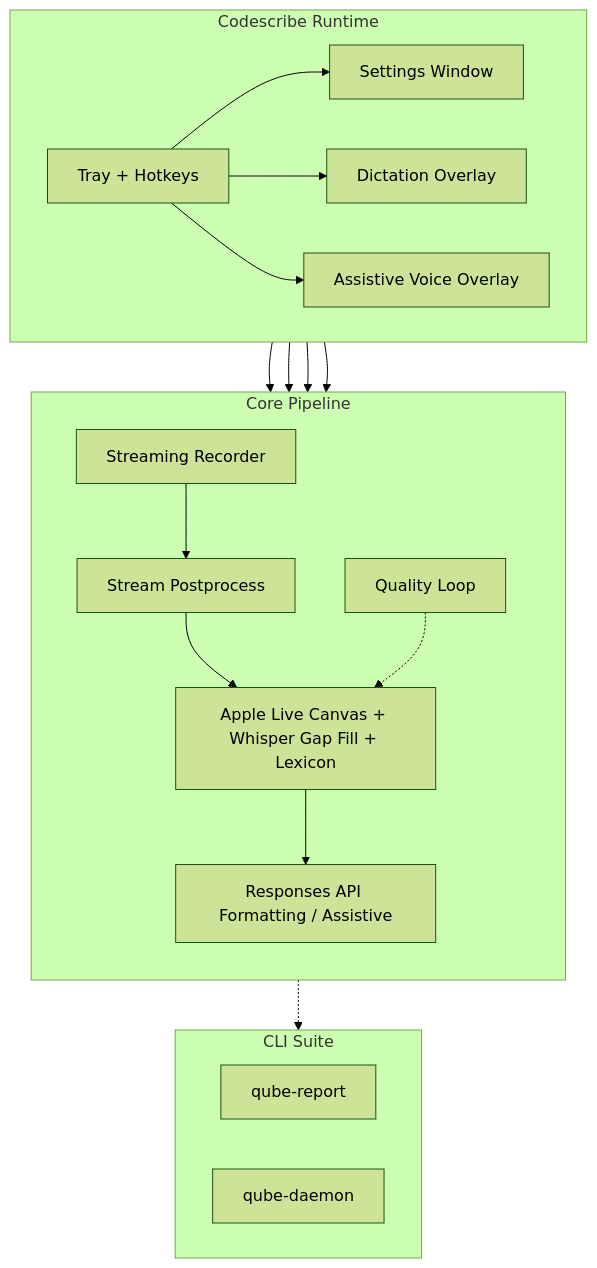
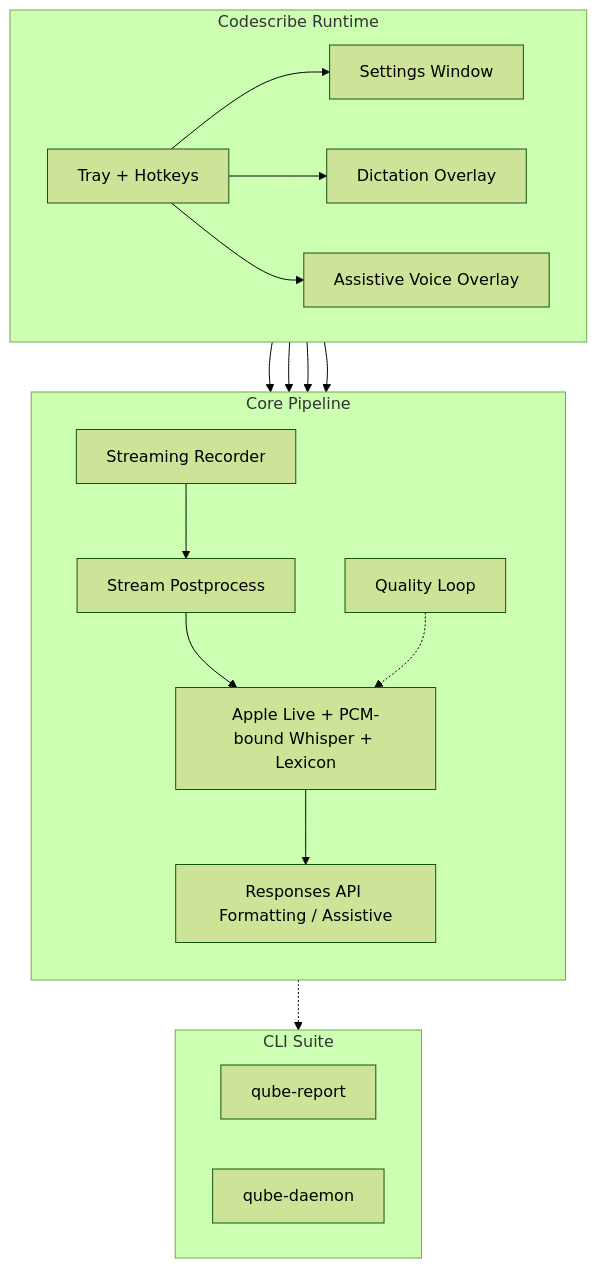
Before and after one commit to vetcoders/codescribe: the first of 2 diagrams in README.md, drawn with Mermaid (forest theme). The commit also changed other lines of this file and 728 other files, not shown here.

````diff
--- a/README.md
+++ b/README.md
@@ -23,36 +23,36 @@
 ```mermaid
 flowchart TB
     subgraph APP[Codescribe Runtime]
         direction LR
         TRAY[Tray + Hotkeys]
         SET[Settings Window]
         OVL[Dictation Overlay]
         CHAT[Assistive Voice Overlay]
     end
 
     subgraph CORE[Core Pipeline]
         direction TB
         REC[Streaming Recorder]
         POST[Stream Postprocess]
-        STT[Apple Live Canvas + Whisper Gap Fill + Lexicon]
+        STT[Apple Live + PCM-bound Whisper + Lexicon]
         LLM[Responses API Formatting / Assistive]
         QL[Quality Loop]
     end
 
     subgraph TOOLS[CLI Suite]
         QCLI[qube-report]
         LCLI[qube-daemon]
     end
 
     TRAY --> SET
     TRAY --> OVL
     TRAY --> CHAT
     TRAY --> CORE
     SET --> CORE
     OVL --> CORE
     CHAT --> CORE
     REC --> POST --> STT
     STT --> LLM
     QL -.-> STT
     CORE -.-> TOOLS
 ```
````
